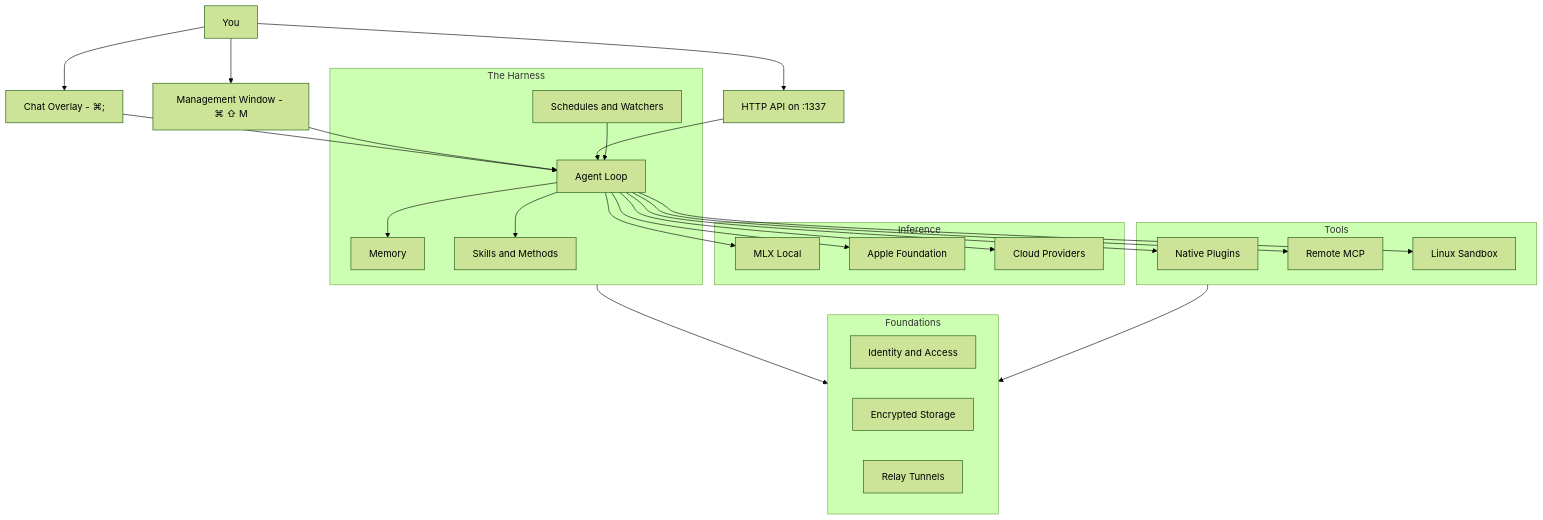
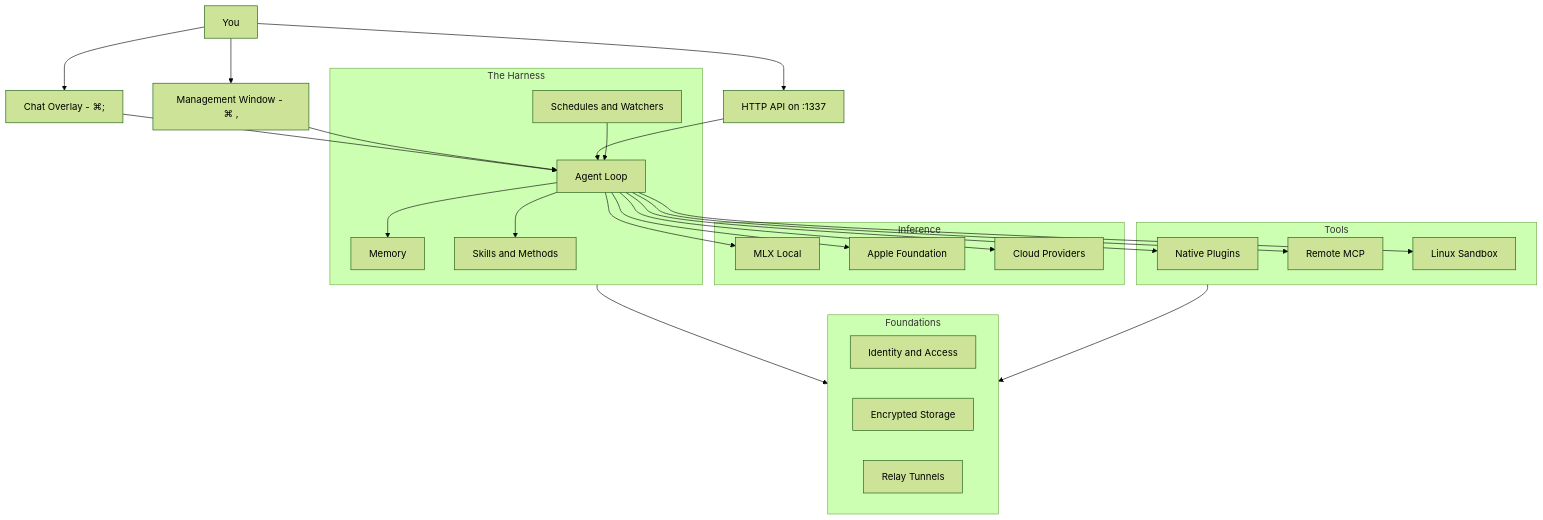
Before and after one commit to osaurus-ai/osaurus-docs: the diagram in docs/architecture.md, drawn with Mermaid (forest theme). The commit also changed other lines of this file and 41 other files, not shown here.

````diff
--- a/docs/architecture.md
+++ b/docs/architecture.md
@@ -23,55 +23,55 @@
 ```mermaid
 flowchart TB
     User[You]
     Chat[Chat Overlay - ⌘;]
-    Mgmt[Management Window - ⌘ ⇧ M]
+    Mgmt[Management Window - ⌘ ,]
     HTTP[HTTP API on :1337]
 
     User --> Chat
     User --> Mgmt
     User --> HTTP
 
     subgraph harness [The Harness]
         Loop[Agent Loop]
         Mem[Memory]
         Skills[Skills and Methods]
         Auto[Schedules and Watchers]
     end
 
     Chat --> Loop
     Mgmt --> Loop
     HTTP --> Loop
 
     Loop --> Mem
     Loop --> Skills
     Auto --> Loop
 
     subgraph providers [Inference]
         MLX[MLX Local]
         Foundation[Apple Foundation]
         Cloud[Cloud Providers]
     end
 
     Loop --> MLX
     Loop --> Foundation
     Loop --> Cloud
 
     subgraph plugins [Tools]
         Native[Native Plugins]
         MCP[Remote MCP]
         Sandbox[Linux Sandbox]
     end
 
     Loop --> Native
     Loop --> MCP
     Loop --> Sandbox
 
     subgraph foundationLayer [Foundations]
         Identity[Identity and Access]
         Storage[Encrypted Storage]
         Relay[Relay Tunnels]
     end
 
     harness --> foundationLayer
     plugins --> foundationLayer
 ```
````
